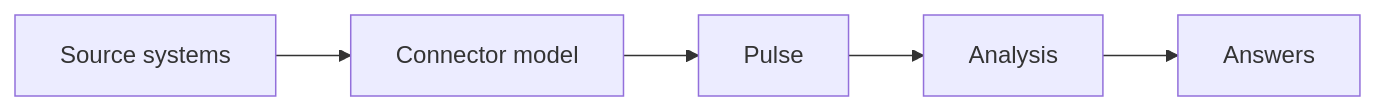
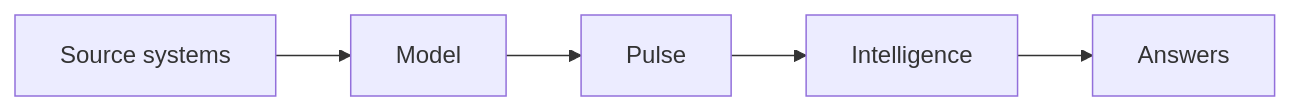
One commit to Tom-PIT/TomPIT.Pulse.Connector changed the diagram in docs/index.md. Above: the diagram before and after it, drawn with Mermaid. The commit also changed other lines of this file and 1 other file, not shown here.

````diff
--- a/docs/index.md
+++ b/docs/index.md
@@ -11,7 +11,7 @@
 ```mermaid
 graph LR
-  A[Source systems] --> B[Connector model]
+  A[Source systems] --> B[Model]
   B --> C[Pulse]
-  C --> D[Analysis]
+  C --> D[Intelligence]
   D --> E[Answers]
 ```
````
